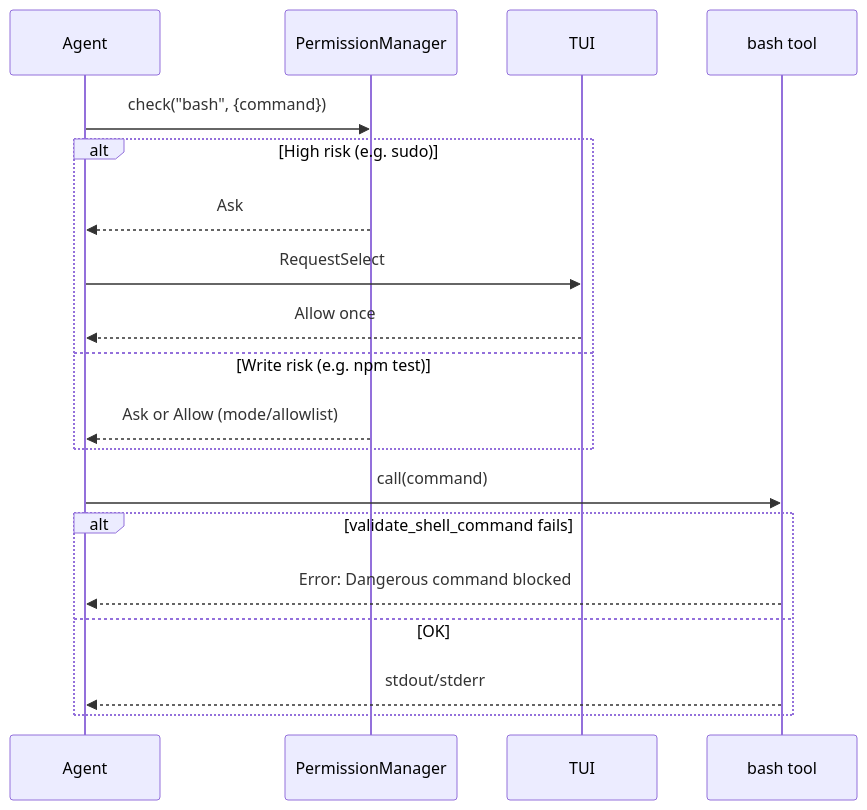
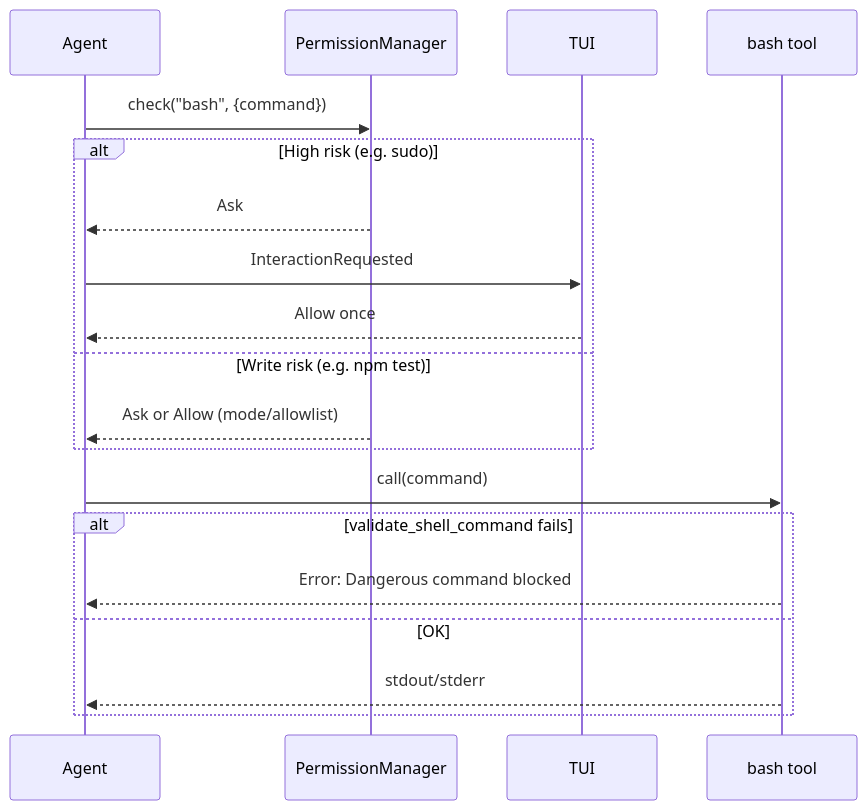
Before and after one commit to rust-infra/tact: the second of 5 diagrams in book/10_chapter_permission_zh.md, drawn with Mermaid. The commit also changed other lines of this file and 8 other files, not shown here.

````diff
--- a/book/10_chapter_permission_zh.md
+++ b/book/10_chapter_permission_zh.md
@@ -286,23 +290,23 @@
 ```mermaid
 sequenceDiagram
     participant Agent
     participant Perm as PermissionManager
     participant TUI
     participant Bash as bash tool
 
     Agent->>Perm: check("bash", {command})
     alt High risk (e.g. sudo)
         Perm-->>Agent: Ask
-        Agent->>TUI: RequestSelect
+        Agent->>TUI: InteractionRequested
         TUI-->>Agent: Allow once
     else Write risk (e.g. npm test)
         Perm-->>Agent: Ask or Allow (mode/allowlist)
     end
 
     Agent->>Bash: call(command)
     alt validate_shell_command fails
         Bash-->>Agent: Error: Dangerous command blocked
     else OK
         Bash-->>Agent: stdout/stderr
     end
 ```
````
